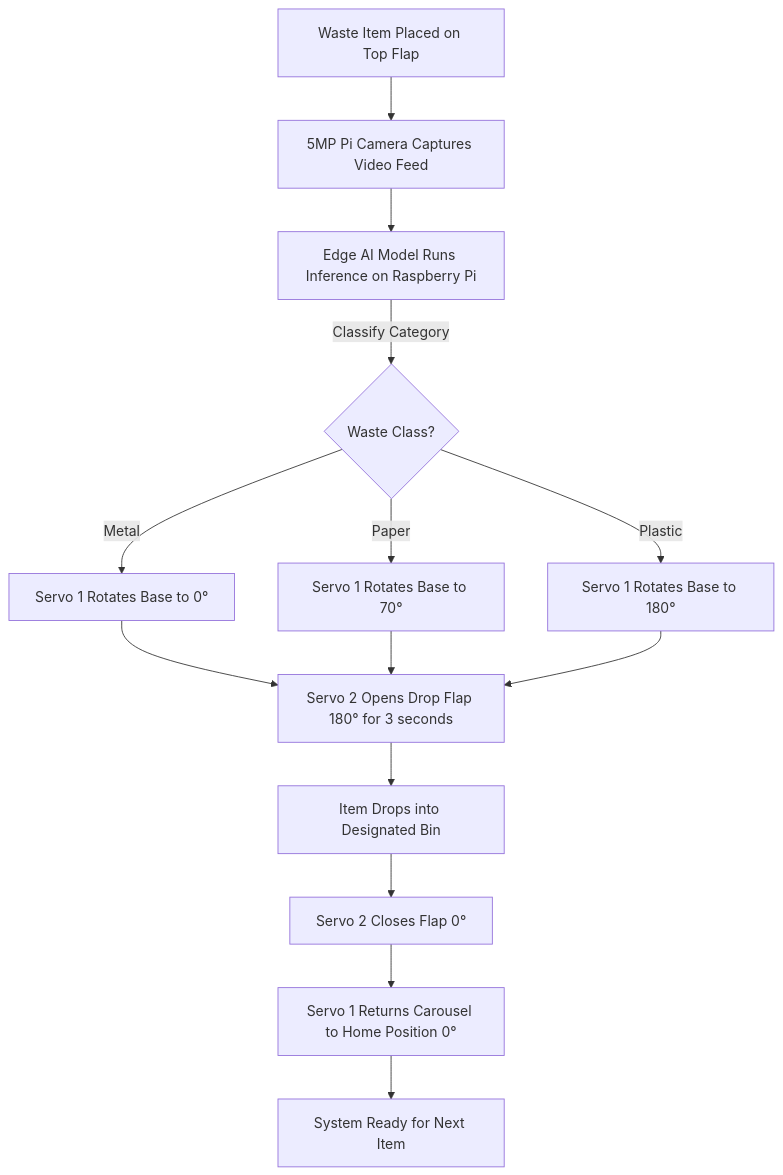
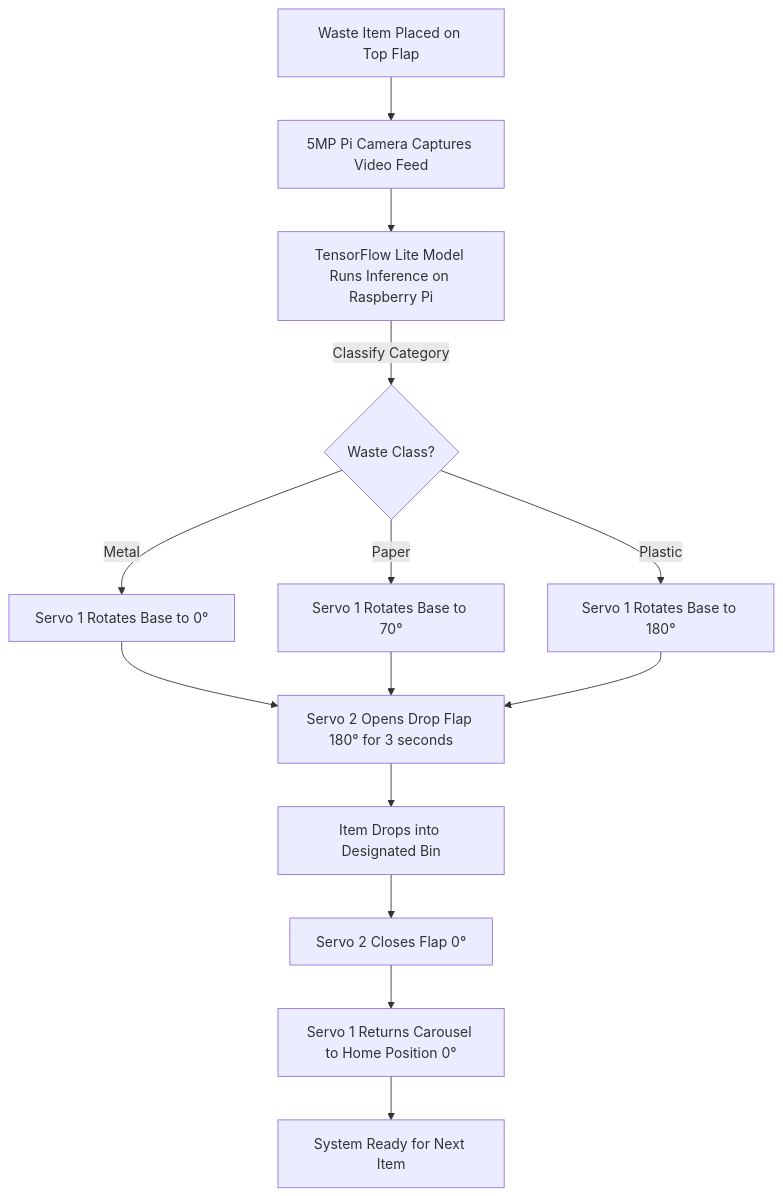
Before and after one commit to VishwajeethRao/AI-recycle-bin: the diagram in README.md, drawn with Mermaid. The commit also changed other lines of this file and 2 other files, not shown here.

Commit message:
refactor: remove bill of materials and update TensorFlow Google Colab training and testing workflow

````diff
--- a/README.md
+++ b/README.md
@@ -42,19 +43,19 @@
 ```mermaid
 flowchart TD
     A[Waste Item Placed on Top Flap] --> B[5MP Pi Camera Captures Video Feed]
-    B --> C[Edge AI Model Runs Inference on Raspberry Pi]
+    B --> C[TensorFlow Lite Model Runs Inference on Raspberry Pi]
     C -->|Classify Category| D{Waste Class?}
     
     D -->|Metal| E1[Servo 1 Rotates Base to 0°]
     D -->|Paper| E2[Servo 1 Rotates Base to 70°]
     D -->|Plastic| E3[Servo 1 Rotates Base to 180°]
     
     E1 --> F[Servo 2 Opens Drop Flap 180° for 3 seconds]
     E2 --> F
     E3 --> F
     
     F --> G[Item Drops into Designated Bin]
     G --> H[Servo 2 Closes Flap 0°]
     H --> I[Servo 1 Returns Carousel to Home Position 0°]
     I --> J[System Ready for Next Item]
 ```
````
